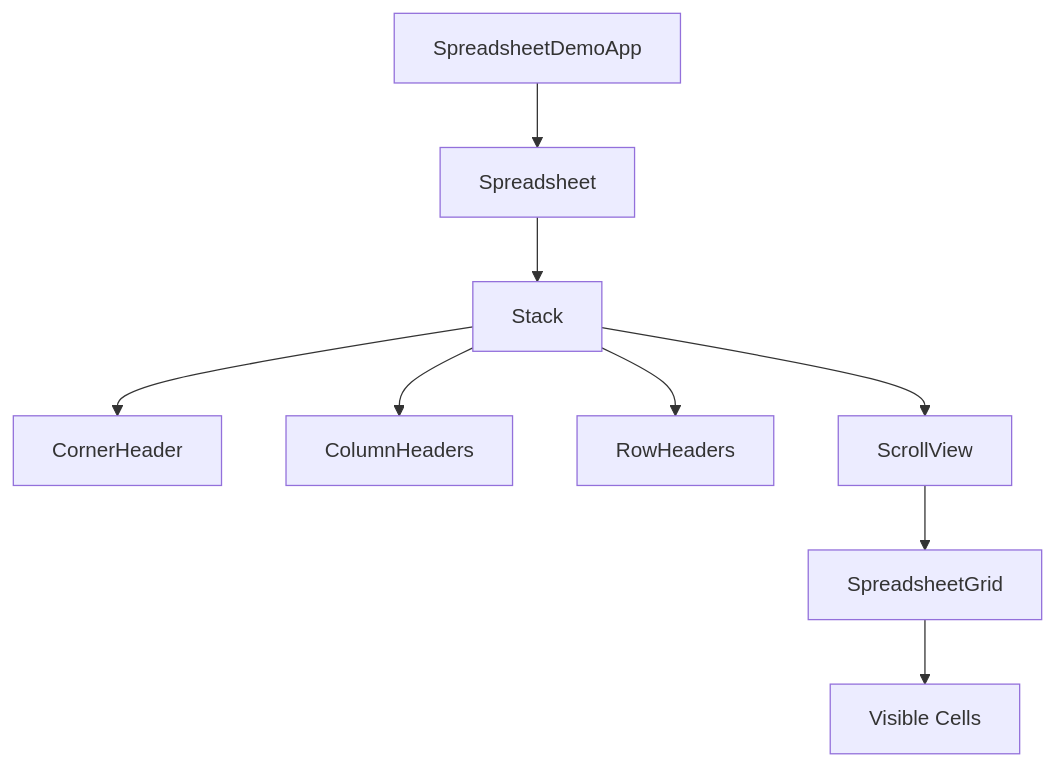
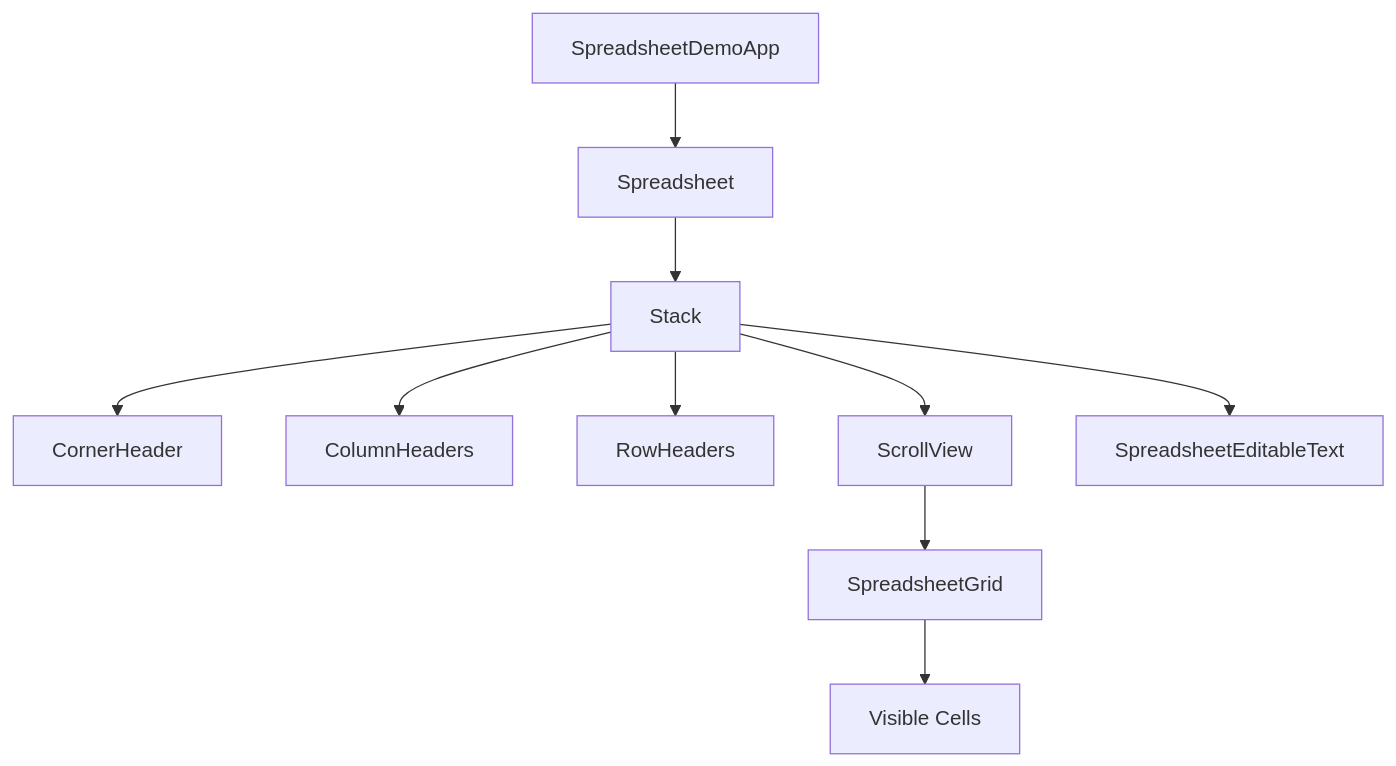
Before and after one commit to edeink/inkwell: the diagram in docs/demo/spreadsheet.mdx, drawn with Mermaid. The commit also changed other lines of this file and 17 other files, not shown here.

````diff
--- a/docs/demo/spreadsheet.mdx
+++ b/docs/demo/spreadsheet.mdx
@@ -30,11 +30,12 @@
 ```mermaid
 graph TD
     A[SpreadsheetDemoApp] --> B[Spreadsheet]
     B --> C[Stack]
     C --> D[CornerHeader]
     C --> E[ColumnHeaders]
     C --> F[RowHeaders]
     C --> G[ScrollView]
     G --> H[SpreadsheetGrid]
     H --> I[Visible Cells]
+    C --> J[SpreadsheetEditableText]
 ```
````
